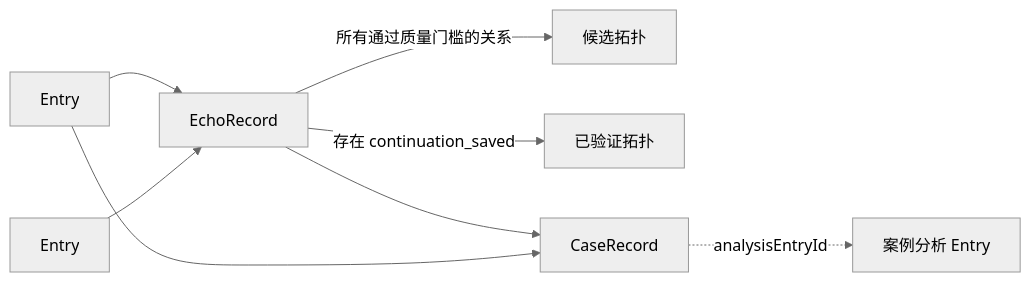
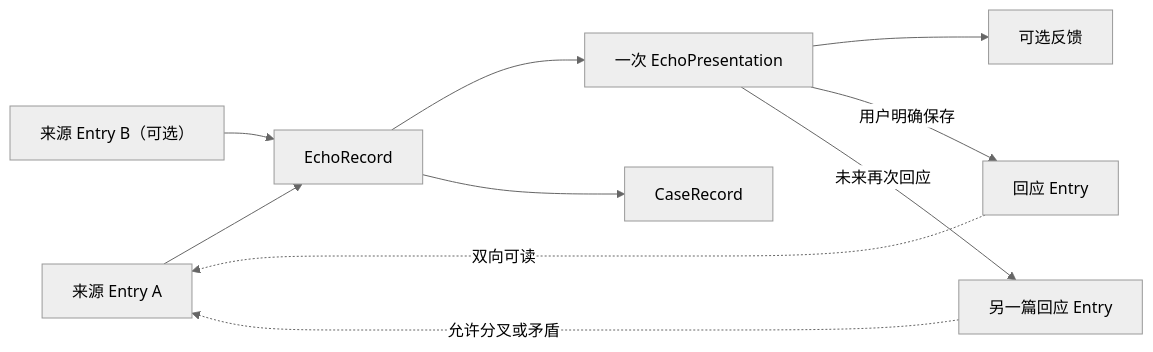
The diagram in docs/05_DATA_SCHEMA.md (Chenzhengheng/czh--huiye), drawn with Mermaid (neutral theme) before and after one commit. The commit also changed other lines of this file and 25 other files, not shown here.

````diff
--- a/docs/05_DATA_SCHEMA.md
+++ b/docs/05_DATA_SCHEMA.md
@@ -153,10 +236,12 @@
 ```mermaid
 flowchart LR
-  E1["Entry"] --> R["EchoRecord"]
-  E2["Entry"] --> R
-  R -->|"所有通过质量门槛的关系"| C["候选拓扑"]
-  R -->|"存在 continuation_saved"| V["已验证拓扑"]
-  R --> K["CaseRecord"]
-  E1 --> K
-  K -. "analysisEntryId" .-> EA["案例分析 Entry"]
+  S1["来源 Entry A"] --> ER["EchoRecord"]
+  S2["来源 Entry B（可选）"] --> ER
+  ER --> P["一次 EchoPresentation"]
+  P --> F["可选反馈"]
+  P -->|"用户明确保存"| R1["回应 Entry"]
+  P -->|"未来再次回应"| R2["另一篇回应 Entry"]
+  R1 -. "双向可读" .-> S1
+  R2 -. "允许分叉或矛盾" .-> S1
+  ER --> C["CaseRecord"]
 ```
````
